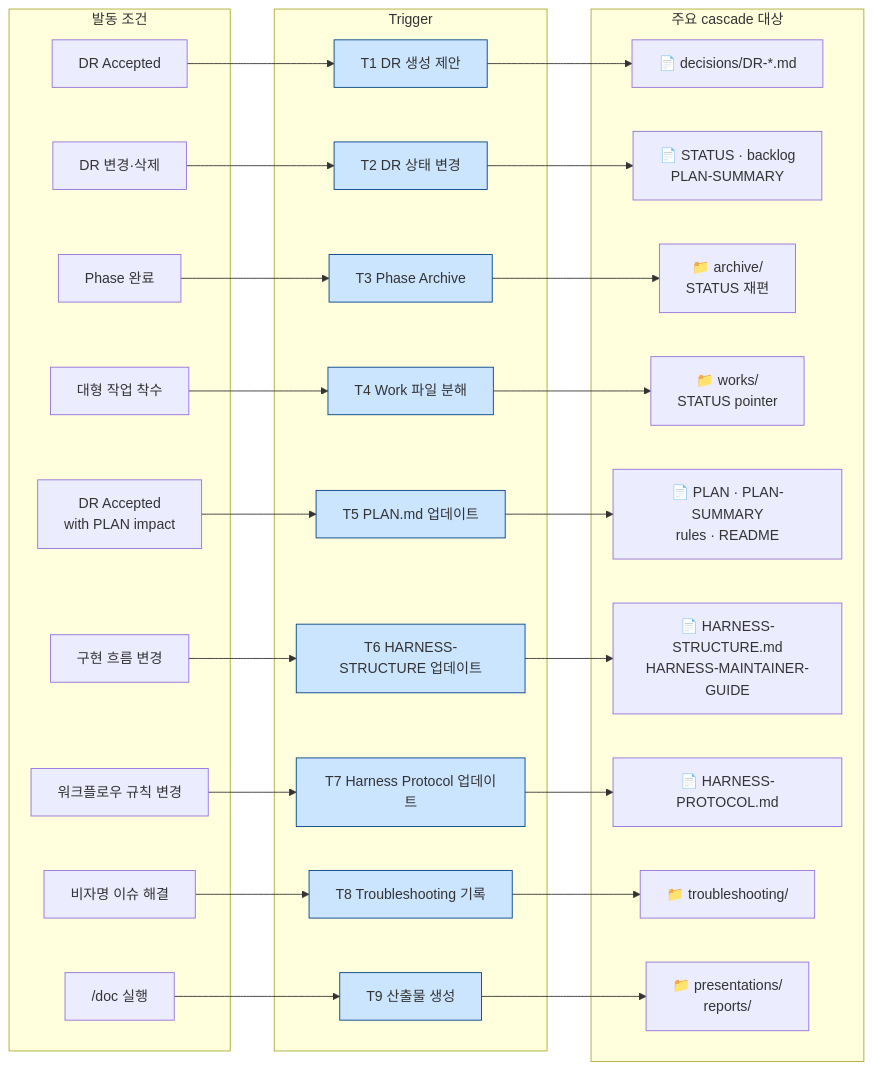
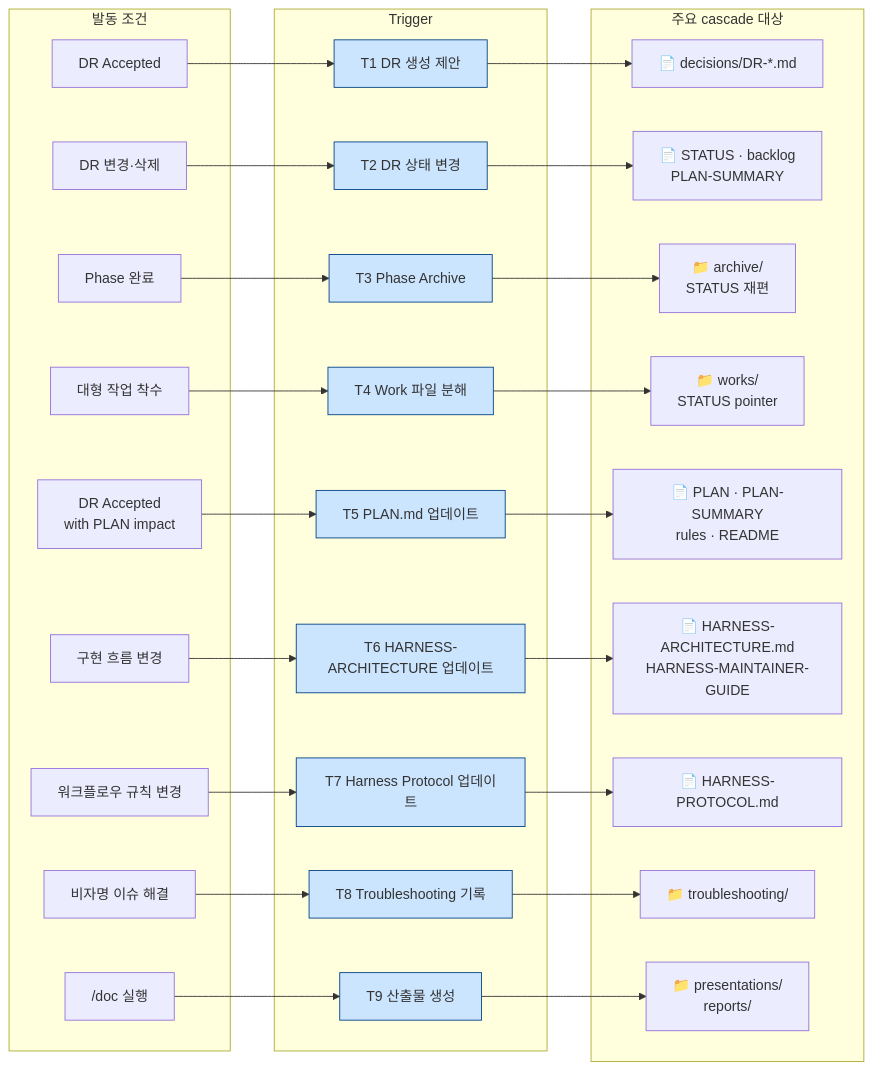
Before and after one commit to kyungseo/ai-workflow-harness: diagram 14 of 14 in docs/WORKFLOW-MANUAL.md, drawn with Mermaid. The commit also changed other lines of this file and 14 other files, not shown here.

First line of the commit message:
chore: HARNESS-STRUCTURE.md → HARNESS-ARCHITECTURE.md rename (CHORE-20260529-002)

````diff
--- a/docs/WORKFLOW-MANUAL.md
+++ b/docs/WORKFLOW-MANUAL.md
@@ -1041,68 +1041,68 @@
 ```mermaid
 flowchart LR
     subgraph EVENTS ["발동 조건"]
         E1["DR Accepted"]
         E1P["DR Accepted\nwith PLAN impact"]
         E2["DR 변경·삭제"]
         E3["Phase 완료"]
         E4["대형 작업 착수"]
         E5["구현 흐름 변경"]
         E6["워크플로우 규칙 변경"]
         E7["비자명 이슈 해결"]
         E8["/doc 실행"]
     end
 
     subgraph TRIGS ["Trigger"]
         T1["T1 DR 생성 제안"]
         T2["T2 DR 상태 변경"]
         T3["T3 Phase Archive"]
         T4["T4 Work 파일 분해"]
         T5["T5 PLAN.md 업데이트"]
-        T6["T6 HARNESS-STRUCTURE 업데이트"]
+        T6["T6 HARNESS-ARCHITECTURE 업데이트"]
         T7["T7 Harness Protocol 업데이트"]
         T8["T8 Troubleshooting 기록"]
         T9["T9 산출물 생성"]
     end
 
     subgraph CASCADE ["주요 cascade 대상"]
         C1["📄 decisions/DR-*.md"]
         C2["📄 STATUS · backlog\nPLAN-SUMMARY"]
         C3["📁 archive/\nSTATUS 재편"]
         C4["📁 works/\nSTATUS pointer"]
         C5["📄 PLAN · PLAN-SUMMARY\nrules · README"]
-        C6["📄 HARNESS-STRUCTURE.md\nHARNESS-MAINTAINER-GUIDE"]
+        C6["📄 HARNESS-ARCHITECTURE.md\nHARNESS-MAINTAINER-GUIDE"]
         C7["📄 HARNESS-PROTOCOL.md"]
         C8["📁 troubleshooting/"]
         C9["📁 presentations/\nreports/"]
     end
 
     E1 --> T1
     E1P --> T5
     E2 --> T2
     E3 --> T3
     E4 --> T4
     E5 --> T6
     E6 --> T7
     E7 --> T8
     E8 --> T9
 
     T1 --> C1
     T2 --> C2
     T3 --> C3
     T4 --> C4
     T5 --> C5
     T6 --> C6
     T7 --> C7
     T8 --> C8
     T9 --> C9
 
     style T1 fill:#cce5ff,stroke:#004085
     style T2 fill:#cce5ff,stroke:#004085
     style T3 fill:#cce5ff,stroke:#004085
     style T4 fill:#cce5ff,stroke:#004085
     style T5 fill:#cce5ff,stroke:#004085
     style T6 fill:#cce5ff,stroke:#004085
     style T7 fill:#cce5ff,stroke:#004085
     style T8 fill:#cce5ff,stroke:#004085
     style T9 fill:#cce5ff,stroke:#004085
 ```
````
